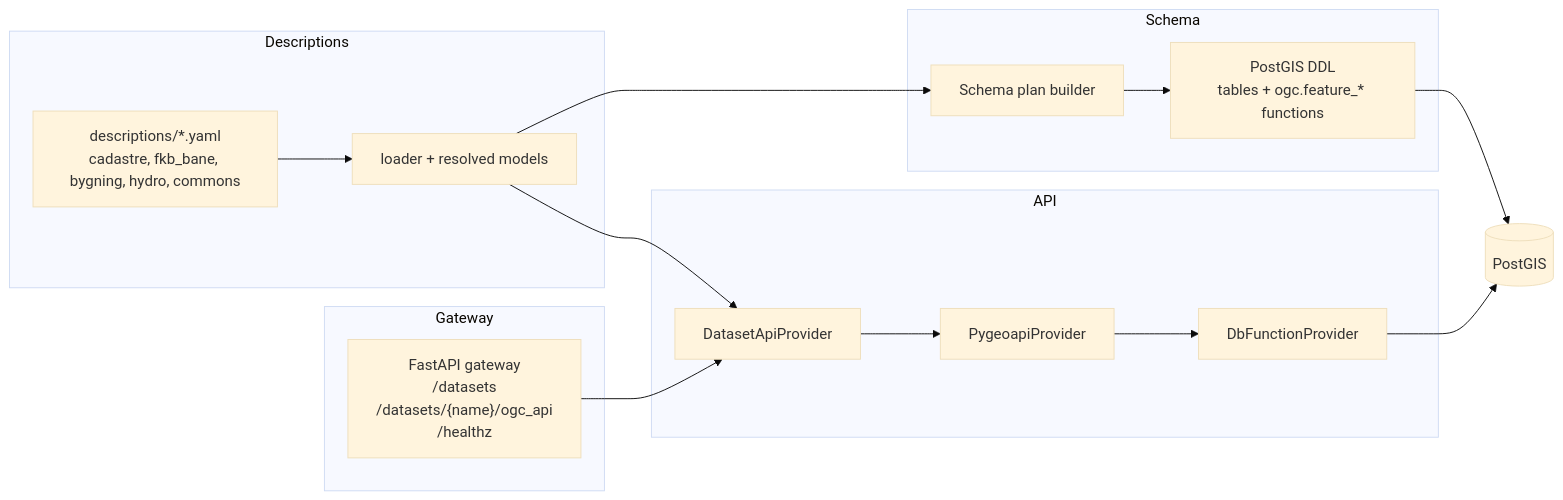
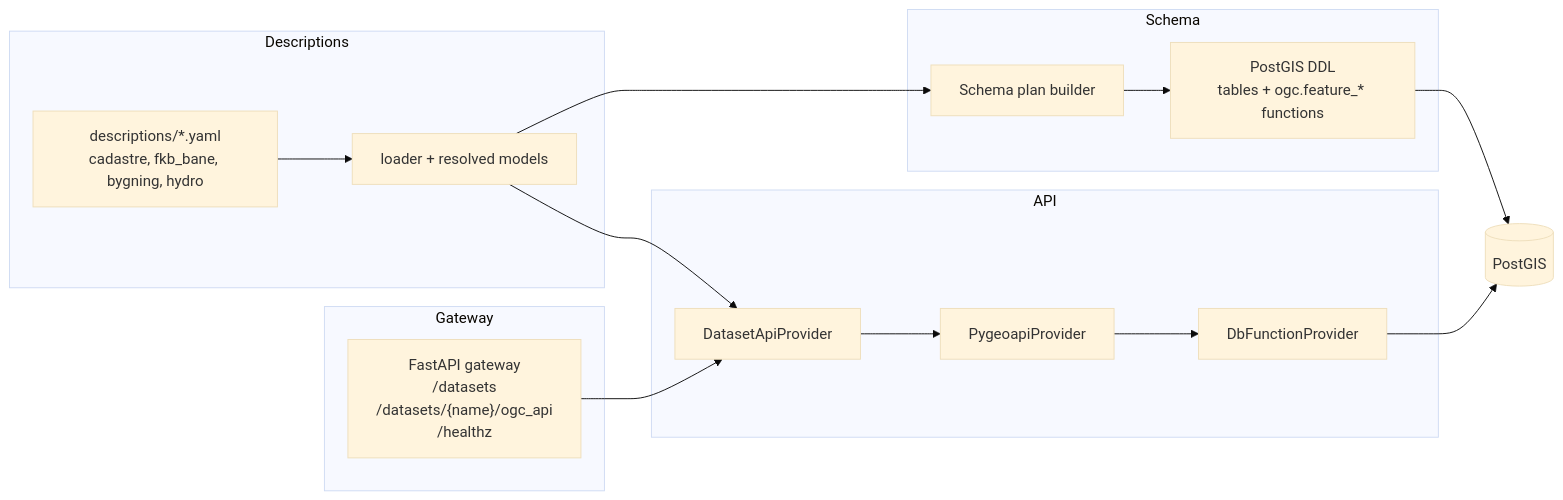
Before and after one commit to kartverket/topografisk-gdb-api: the fifth of 13 diagrams in docs/ARCHITECTURE.md, drawn with Mermaid (base theme). The commit also changed 30 other files, not shown here.

First line of the commit message:
Remove shared commons descriptions and type_ref

````diff
--- a/docs/ARCHITECTURE.md
+++ b/docs/ARCHITECTURE.md
@@ -169,28 +169,28 @@
 ```mermaid
 flowchart LR
   subgraph Descriptions
-    YAML["descriptions/*.yaml<br/>cadastre, fkb_bane, bygning, hydro, commons"]
+    YAML["descriptions/*.yaml<br/>cadastre, fkb_bane, bygning, hydro"]
     LOAD["loader + resolved models"]
   end
 
   subgraph Schema
     PLAN["Schema plan builder"]
     DDL["PostGIS DDL<br/>tables + ogc.feature_* functions"]
   end
 
   subgraph API
     DAP["DatasetApiProvider"]
     PYG["PygeoapiProvider"]
     DBF["DbFunctionProvider"]
   end
 
   subgraph Gateway
     GW["FastAPI gateway<br/>/datasets<br/>/datasets/{name}/ogc_api<br/>/healthz"]
   end
 
   YAML --> LOAD --> PLAN --> DDL
   LOAD --> DAP --> PYG --> DBF
   GW --> DAP
   DDL --> PG[("PostGIS")]
   DBF --> PG
 ```
````
